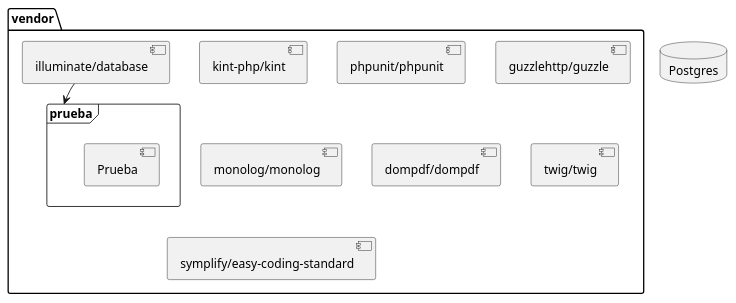
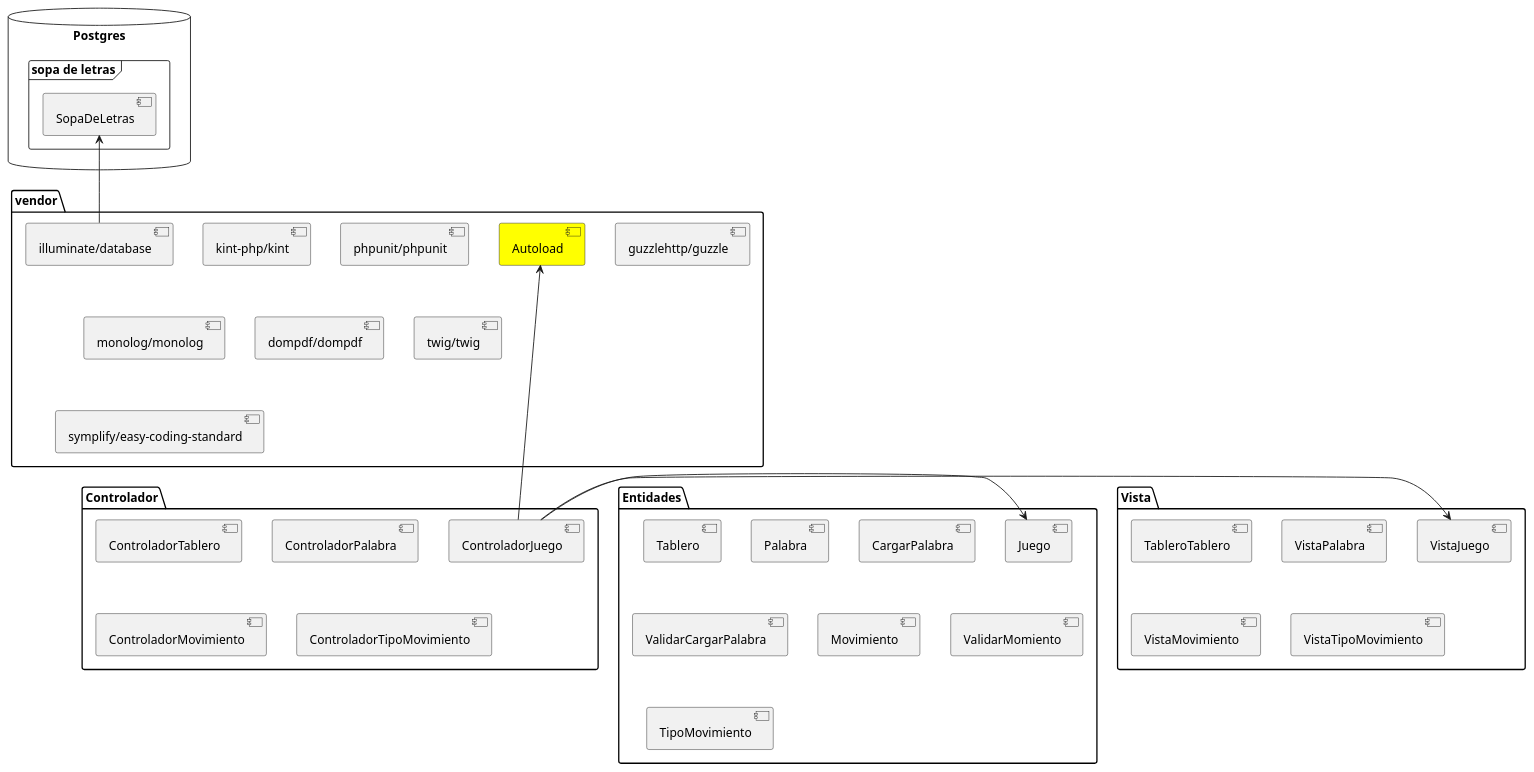
The diagram in uml/paquetes.plantuml (jrgallego21/sopaLetras), drawn with PlantUML before and after one commit.

Commit message:
JRG: Paquetes

```diff
--- a/uml/paquetes.plantuml
+++ b/uml/paquetes.plantuml
@@ -1,21 +1,58 @@
 @startuml diagrama_paquetes
 ' https://plantuml.com/es/
 
 package "vendor" {
   [kint-php/kint]
   [phpunit/phpunit]
   [guzzlehttp/guzzle]
   [monolog/monolog]
   [dompdf/dompdf]
   [twig/twig]
   [symplify/easy-coding-standard]
-  [illuminate/database] --> prueba
+  [illuminate/database]
+  [Autoload] #Yellow
 }
 
+package "Entidades" {
+  [Juego]
+  [Tablero]
+  [Palabra]
+  [CargarPalabra]
+  [ValidarCargarPalabra]
+  [Movimiento]
+  [ValidarMomiento]
+  [TipoMovimiento]
+}
+
+package "Controlador" {
+  [ControladorJuego]
+  [ControladorTablero]
+  [ControladorPalabra]
+  [ControladorMovimiento]
+  [ControladorTipoMovimiento]
+}
+
+package "Vista" {
+  [VistaJuego]
+  [TableroTablero]
+  [VistaPalabra]
+  [VistaMovimiento]
+  [VistaTipoMovimiento]
+}
+
+
+
+
 database "Postgres" {
-    frame "prueba" {
-        [Prueba]
+    frame "sopa de letras" {
+        [SopaDeLetras]
     }
 }
 
+
+[ControladorJuego] -left-> [Autoload]
+[ControladorJuego] -right-> [Juego]
+[ControladorJuego] -right-> [VistaJuego]
+[illuminate/database] -up-> [SopaDeLetras]
+
 @enduml
```
